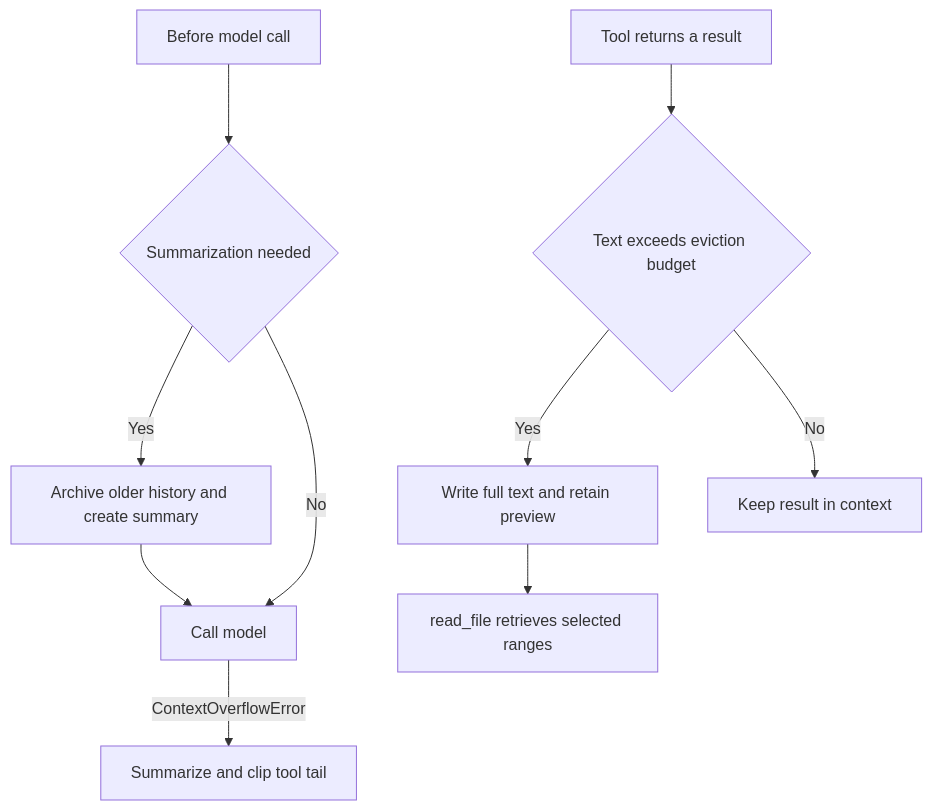
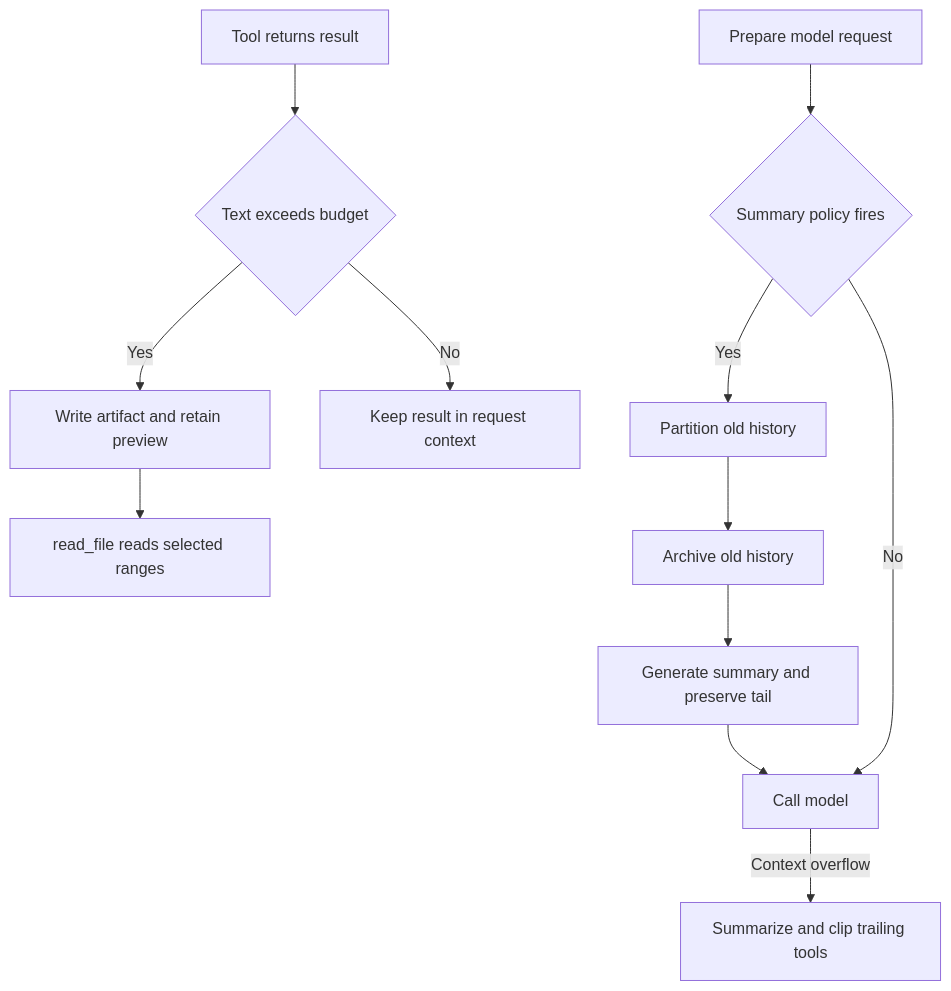
Before and after one commit to langchain-ai/deepagents: the first of 2 diagrams in openwiki/concepts/context-management.md, drawn with Mermaid. The commit also changed other lines of this file and 136 other files, not shown here.

````diff
--- a/openwiki/concepts/context-management.md
+++ b/openwiki/concepts/context-management.md
@@ -44,12 +41,14 @@
 ```mermaid
 flowchart TD
-    Tool["Tool returns a result"] --> Size{"Text exceeds eviction budget"}
-    Size -->|Yes| Store["Write full text and retain preview"]
-    Size -->|No| Keep["Keep result in context"]
-    Request["Before model call"] --> Threshold{"Summarization needed"}
-    Threshold -->|Yes| Compact["Archive older history and create summary"]
-    Threshold -->|No| Model["Call model"]
-    Compact --> Model
-    Model -->|ContextOverflowError| Recovery["Summarize and clip tool tail"]
-    Store --> Read["read_file retrieves selected ranges"]
+    Tool["Tool returns result"] --> Oversize{"Text exceeds budget"}
+    Oversize -->|Yes| Evict["Write artifact and retain preview"]
+    Oversize -->|No| Keep["Keep result in request context"]
+    Request["Prepare model request"] --> Trigger{"Summary policy fires"}
+    Trigger -->|Yes| Plan["Partition old history"]
+    Trigger -->|No| Call["Call model"]
+    Plan --> Archive["Archive old history"]
+    Archive --> Summary["Generate summary and preserve tail"]
+    Summary --> Call
+    Call -->|Context overflow| Recover["Summarize and clip trailing tools"]
+    Evict --> Read["read_file reads selected ranges"]
 ```
````
